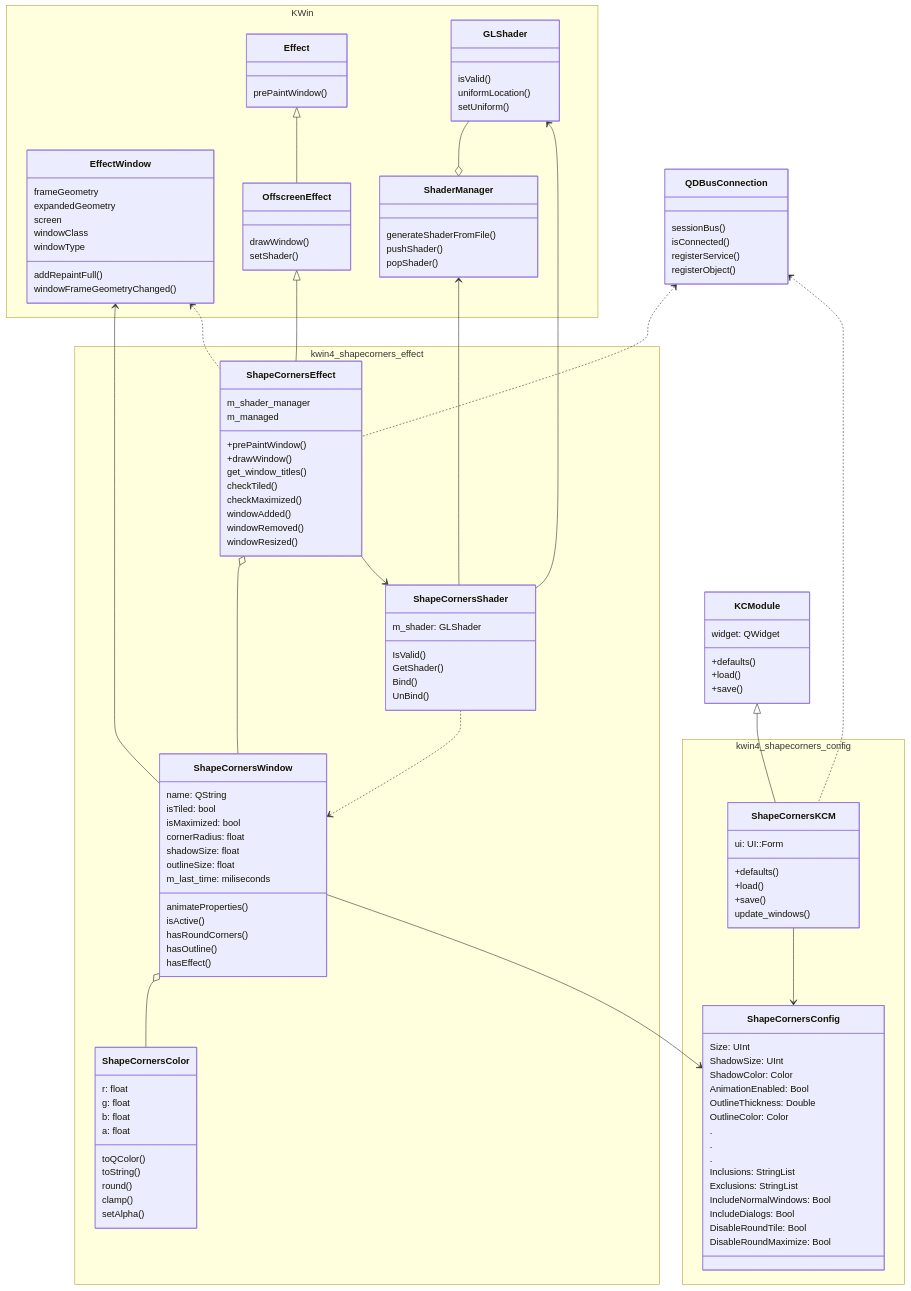
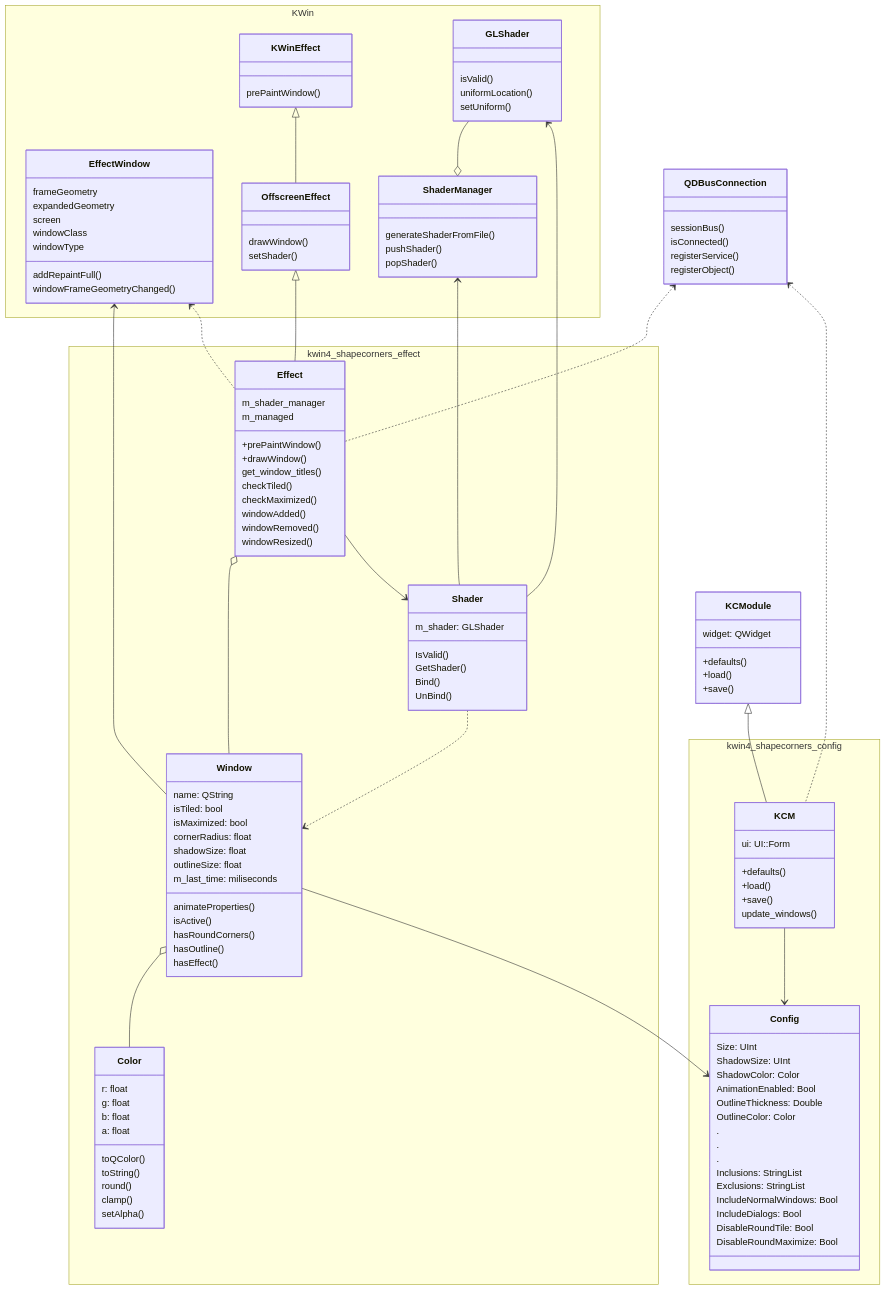
Before and after one commit to matinlotfali/KDE-Rounded-Corners: the diagram in ClassDiagram.md, drawn with Mermaid. The commit also changed 25 other files, not shown here.

Commit message:
Use namespace ShapeCorners instead of prefix (#228)

````diff
--- a/ClassDiagram.md
+++ b/ClassDiagram.md
@@ -3,7 +3,7 @@
 classDiagram
     
     namespace KWin {
-        class Effect {
+        class KWinEffect {
             prePaintWindow()
         }
         
@@ -36,7 +36,7 @@
     }
     
     namespace kwin4_shapecorners_effect {
-        class ShapeCornersEffect {
+        class Effect {
             m_shader_manager
             m_managed
             +prePaintWindow()
@@ -49,7 +49,7 @@
             windowResized()
         }
         
-        class ShapeCornersWindow {
+        class Window {
             name: QString
             isTiled: bool
             isMaximized: bool
@@ -64,7 +64,7 @@
             hasEffect()
         }
         
-        class ShapeCornersShader {
+        class Shader {
             m_shader: GLShader
             IsValid()
             GetShader()
@@ -72,7 +72,7 @@
             UnBind()
         }
         
-        class ShapeCornersColor {
+        class Color {
             r: float
             g: float
             b: float
@@ -86,7 +86,7 @@
     }
     
     namespace kwin4_shapecorners_config {
-        class ShapeCornersKCM {
+        class KCM {
             ui: UI::Form
             +defaults()
             +load()
@@ -94,7 +94,7 @@
             update_windows()
         }
         
-        class ShapeCornersConfig {
+        class Config {
             Size: UInt
             ShadowSize: UInt
             ShadowColor: Color
@@ -127,23 +127,23 @@
         +save()
     }
     
-    Effect <|-- OffscreenEffect
-    OffscreenEffect <|-- ShapeCornersEffect
-    ShapeCornersWindow o-- ShapeCornersColor
+    KWinEffect <|-- OffscreenEffect
+    OffscreenEffect <|-- Effect
+    Window o-- Color
 
     GLShader --o ShaderManager
-    ShapeCornersEffect o-- ShapeCornersWindow
-    EffectWindow <-- ShapeCornersWindow 
-    ShapeCornersEffect --> ShapeCornersShader
-    EffectWindow <.. ShapeCornersEffect
-    QDBusConnection <.. ShapeCornersEffect
-    ShapeCornersWindow --> ShapeCornersConfig
+    Effect o-- Window
+    EffectWindow <-- Window 
+    Effect --> Shader
+    EffectWindow <.. Effect
+    QDBusConnection <.. Effect
+    Window --> Config
     
-    KCModule <|-- ShapeCornersKCM
-    QDBusConnection <.. ShapeCornersKCM
-    ShapeCornersKCM --> ShapeCornersConfig
+    KCModule <|-- KCM
+    QDBusConnection <.. KCM
+    KCM --> Config
 
-    ShapeCornersShader ..> ShapeCornersWindow
-    GLShader <-- ShapeCornersShader
-    ShaderManager <-- ShapeCornersShader
+    Shader ..> Window
+    GLShader <-- Shader
+    ShaderManager <-- Shader
 ```
````
